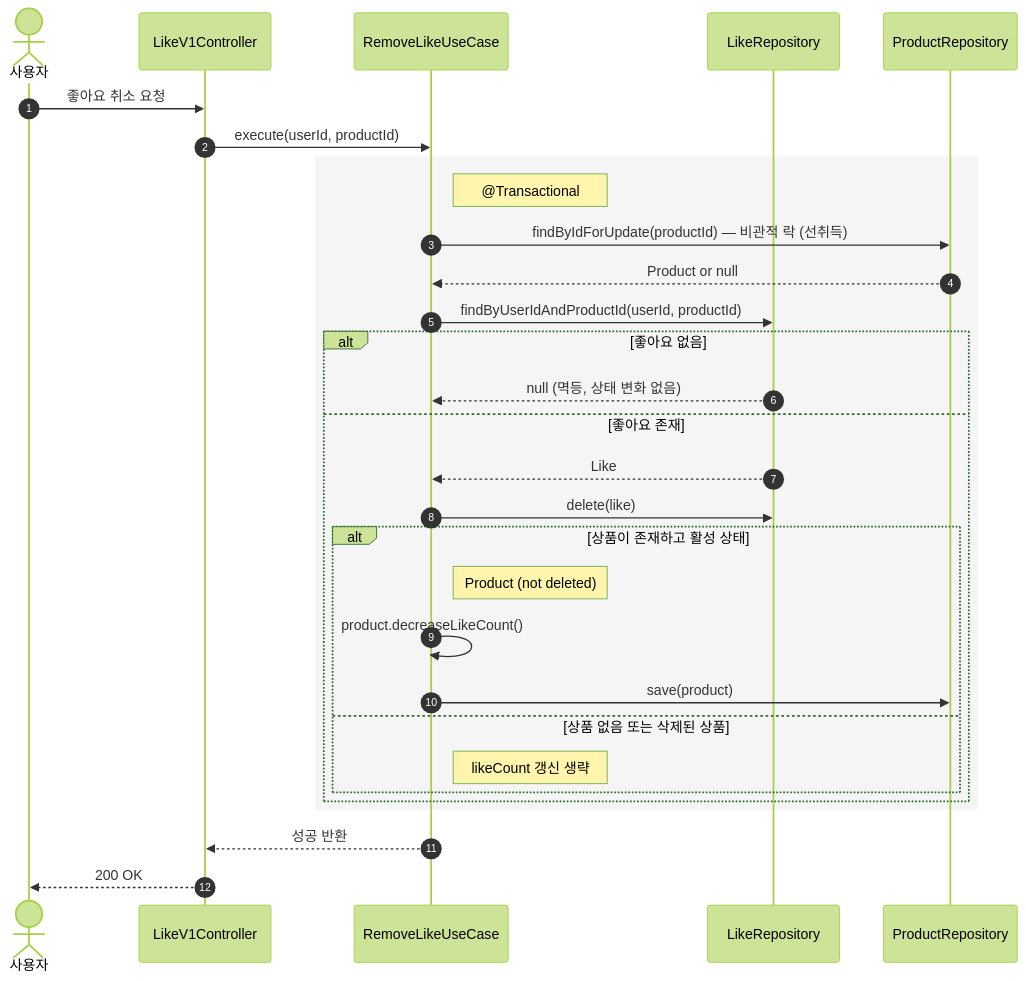
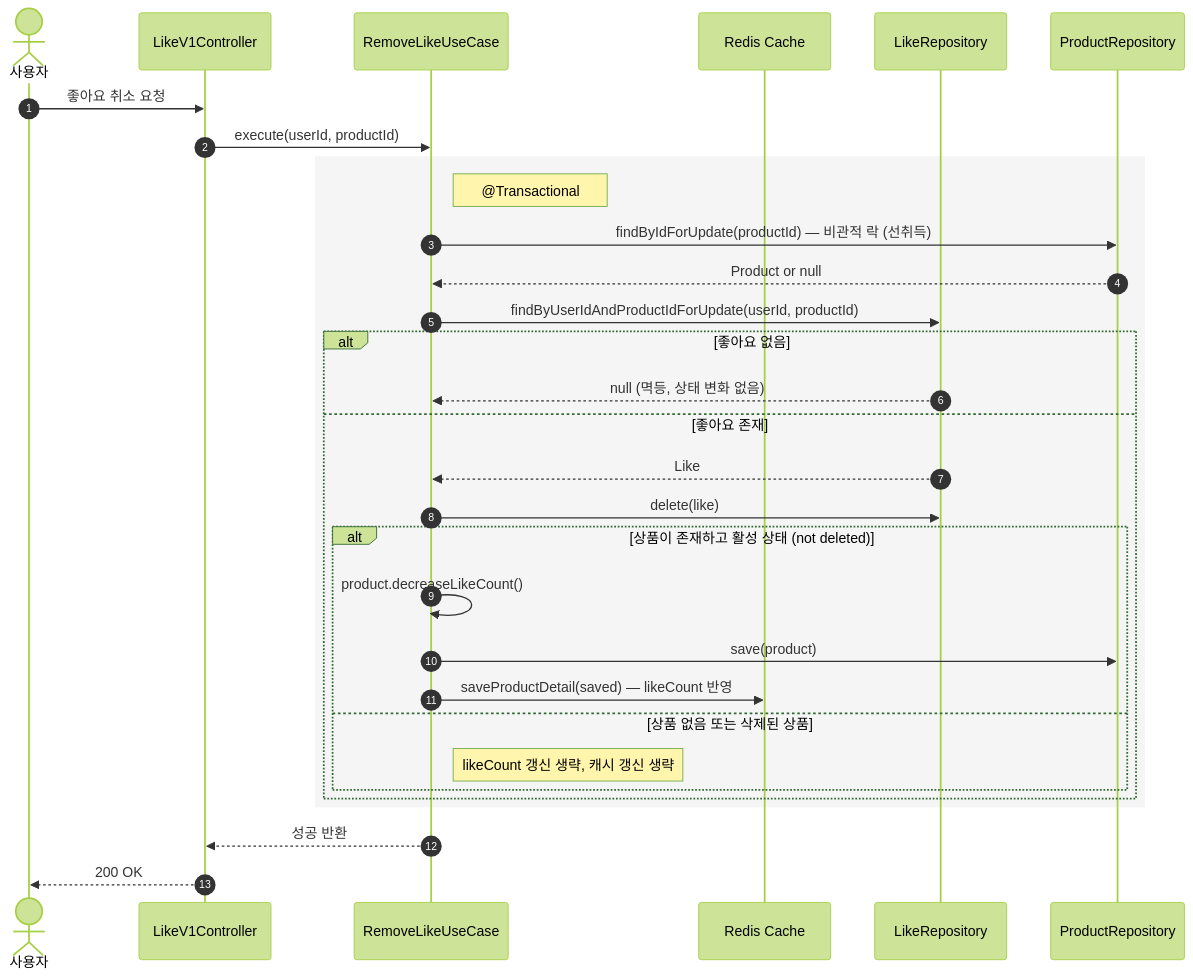
Diagram 17 of 30 in docs/design/02-sequence-diagrams.md (Loopers-dev-lab/loop-pack-be-l2-vol3-kotlin), drawn with Mermaid (forest theme) before and after one commit. The commit also changed other lines of this file and 4 other files, not shown here.

````diff
--- a/docs/design/02-sequence-diagrams.md
+++ b/docs/design/02-sequence-diagrams.md
@@ -475,34 +504,35 @@
 ```mermaid
 sequenceDiagram
     autonumber
     actor User as 사용자
     participant C as LikeV1Controller
     participant UC as RemoveLikeUseCase
+    participant Cache as Redis Cache
     participant LR as LikeRepository
     participant PR as ProductRepository
     User ->> C: 좋아요 취소 요청
     C ->> UC: execute(userId, productId)
 
     rect rgb(245, 245, 245)
         Note right of UC: @Transactional
         UC ->> PR: findByIdForUpdate(productId) — 비관적 락 (선취득)
         PR -->> UC: Product or null
-        UC ->> LR: findByUserIdAndProductId(userId, productId)
+        UC ->> LR: findByUserIdAndProductIdForUpdate(userId, productId)
         alt 좋아요 없음
             LR -->> UC: null (멱등, 상태 변화 없음)
         else 좋아요 존재
             LR -->> UC: Like
             UC ->> LR: delete(like)
-            alt 상품이 존재하고 활성 상태
-                Note right of UC: Product (not deleted)
+            alt 상품이 존재하고 활성 상태 (not deleted)
                 UC ->> UC: product.decreaseLikeCount()
                 UC ->> PR: save(product)
+                UC ->> Cache: saveProductDetail(saved) — likeCount 반영
             else 상품 없음 또는 삭제된 상품
-                Note right of UC: likeCount 갱신 생략
+                Note right of UC: likeCount 갱신 생략, 캐시 갱신 생략
             end
         end
     end
 
     UC -->> C: 성공 반환
     C -->> User: 200 OK
 ```
````
